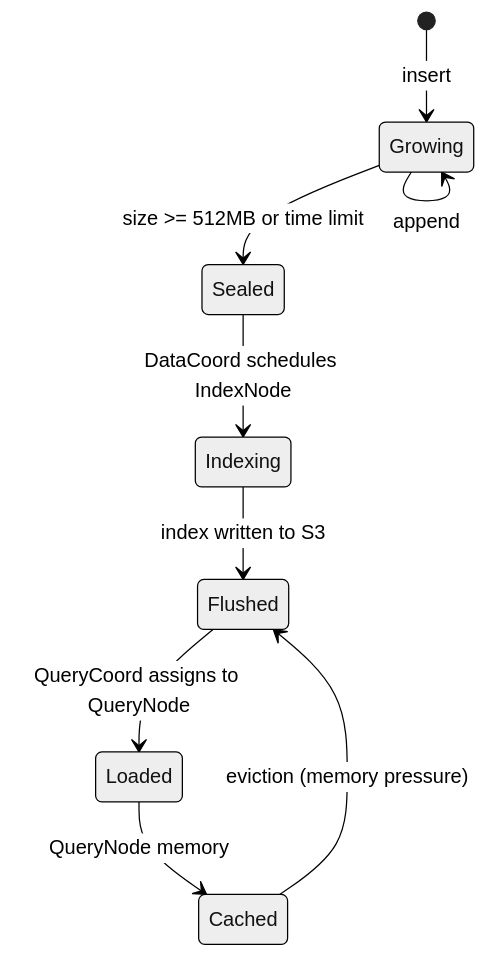
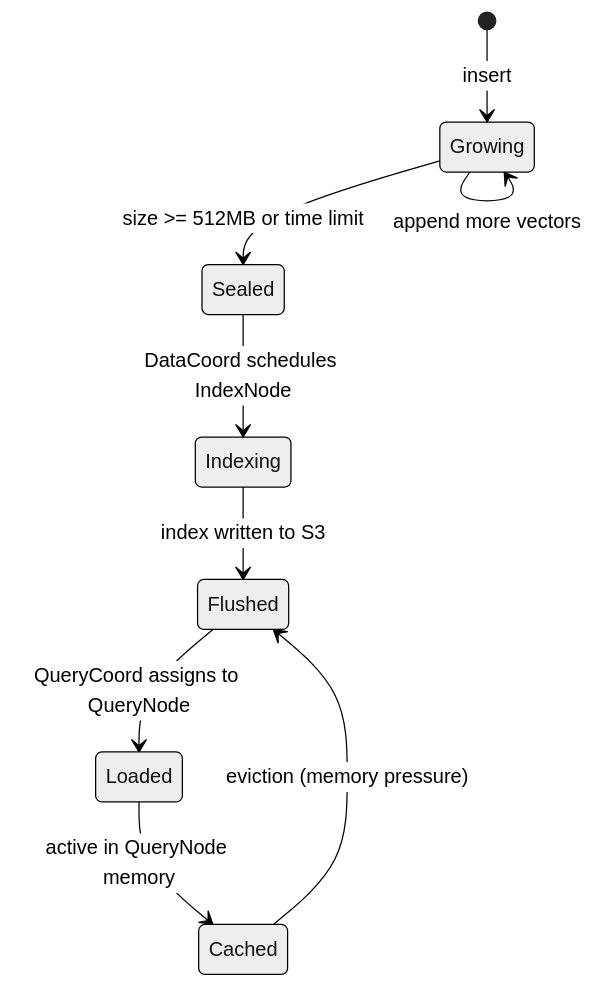
The third of 4 diagrams in SW-ML-AI Engineering/10 - Cloud, Infra y Backend/33 - Vector Databases and Semantic Search/07 - Milvus I - Distributed Architecture.md (Leito2/Learning), drawn with Mermaid (neutral theme) before and after one commit. The commit also changed other lines of this file and 123 other files, not shown here.

````diff
--- a/SW-ML-AI Engineering/10 - Cloud, Infra y Backend/33 - Vector Databases and Semantic Search/07 - Milvus I - Distributed Architecture.md
+++ b/SW-ML-AI Engineering/10 - Cloud, Infra y Backend/33 - Vector Databases and Semantic Search/07 - Milvus I - Distributed Architecture.md
@@ -270,11 +210,11 @@
 ```mermaid
 stateDiagram-v2
     [*] --> Growing: insert
-    Growing --> Growing: append
+    Growing --> Growing: append more vectors
     Growing --> Sealed: size >= 512MB or time limit
     Sealed --> Indexing: DataCoord schedules IndexNode
     Indexing --> Flushed: index written to S3
     Flushed --> Loaded: QueryCoord assigns to QueryNode
-    Loaded --> Cached: QueryNode memory
+    Loaded --> Cached: active in QueryNode memory
     Cached --> Flushed: eviction (memory pressure)
 ```
````
